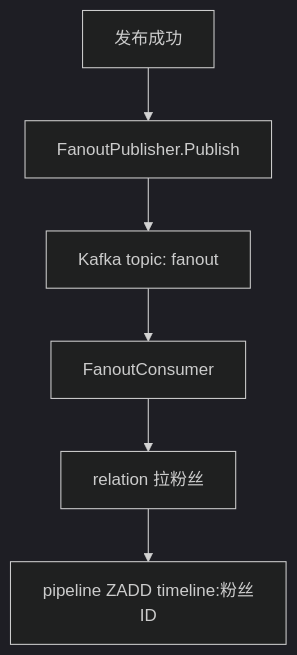
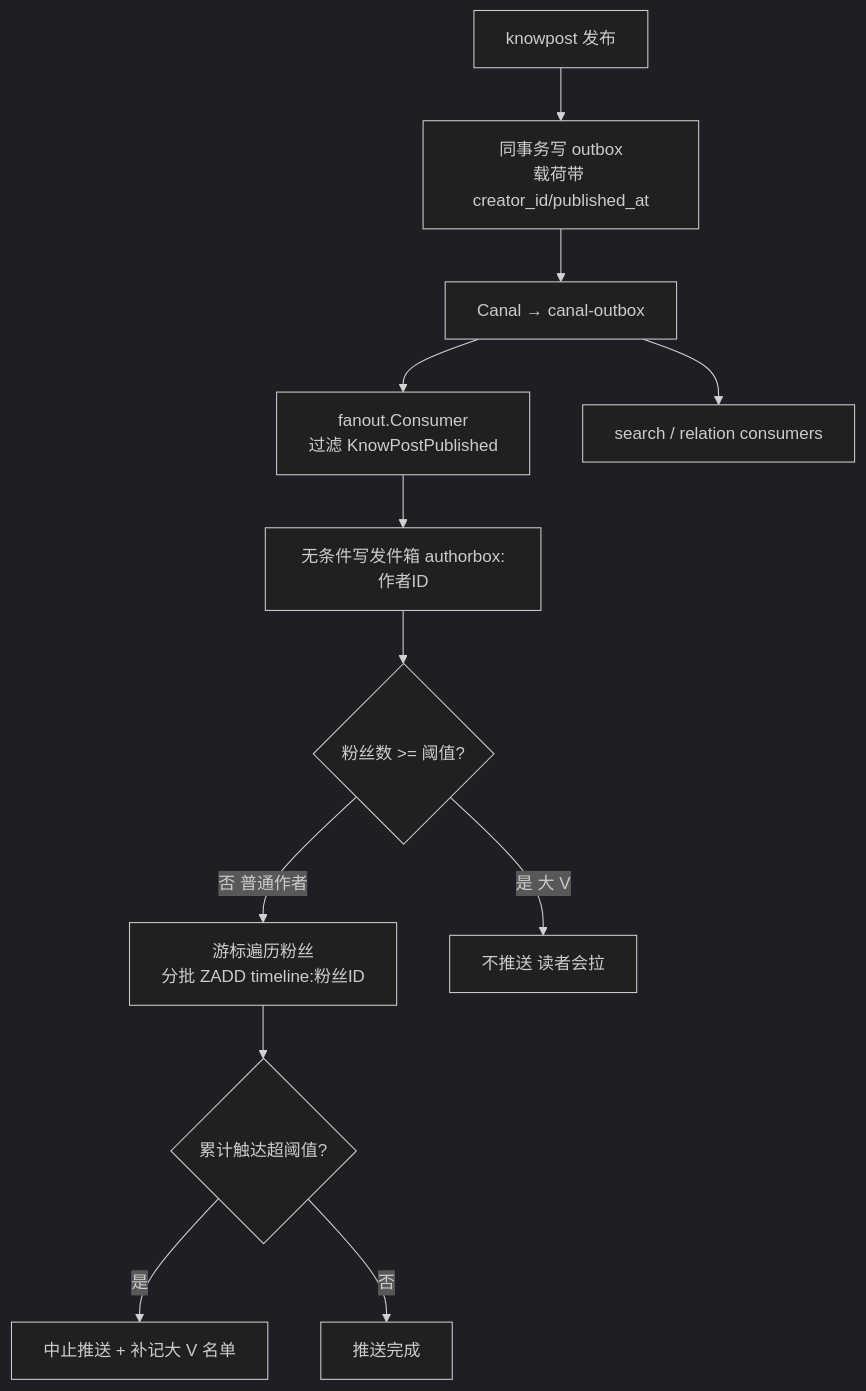
One commit to bitladykiller/zhiguang_go changed the tenth of 23 diagrams in docs/跨模块流程图.md. Above: the diagram before and after it, drawn with Mermaid (dark theme). The commit also changed other lines of this file and 43 other files, not shown here.

````diff
--- a/docs/跨模块流程图.md
+++ b/docs/跨模块流程图.md
@@ -409,8 +413,14 @@
 ```mermaid
 flowchart TD
-    A[发布成功] --> B[FanoutPublisher.Publish]
-    B --> C[Kafka topic: fanout]
-    C --> D[FanoutConsumer]
-    D --> E[relation 拉粉丝]
-    E --> F[pipeline ZADD timeline:粉丝ID]
+    A[knowpost 发布] --> B[同事务写 outbox<br/>载荷带 creator_id/published_at]
+    B --> C[Canal → canal-outbox]
+    C --> D[fanout.Consumer<br/>过滤 KnowPostPublished]
+    C --> D2[search / relation consumers]
+    D --> E[无条件写发件箱 authorbox:作者ID]
+    E --> F{粉丝数 >= 阈值?}
+    F -->|否 普通作者| G[游标遍历粉丝<br/>分批 ZADD timeline:粉丝ID]
+    F -->|是 大 V| H[不推送 读者会拉]
+    G --> I{累计触达超阈值?}
+    I -->|是| J[中止推送 + 补记大 V 名单]
+    I -->|否| K[推送完成]
 ```
````
